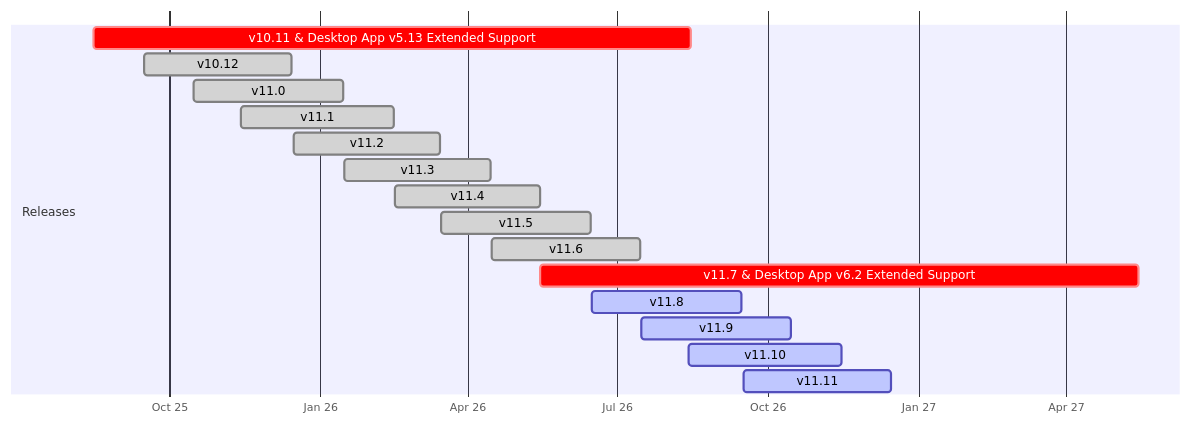
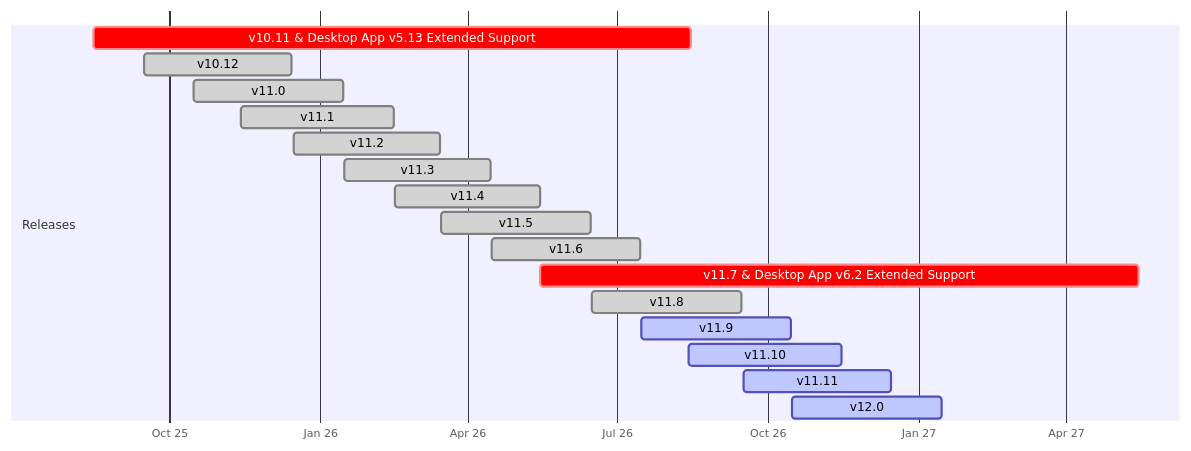
One commit to mattermost/docs changed the diagram in source/product-overview/release-policy.md. Above: the diagram before and after it, drawn with Mermaid. The commit also changed 5 other files, not shown here.

````diff
--- a/source/product-overview/release-policy.md
+++ b/source/product-overview/release-policy.md
@@ -44,22 +44,23 @@
 ```{mermaid}
 
 gantt
     dateFormat  YYYY-MM-DD
     axisFormat  %b %y
 
     section Releases
     v10.11 & Desktop App v5.13 Extended Support :crit,    2025-08-16, 2026-08-15
     v10.12                 :done, 2025-09-16, 2025-12-15
     v11.0                  :done, 2025-10-16, 2026-01-15
     v11.1                  :done, 2025-11-14, 2026-02-15
     v11.2                  :done, 2025-12-16, 2026-03-15
     v11.3                  :done, 2026-01-16, 2026-04-15
     v11.4                  :done, 2026-02-16, 2026-05-15
     v11.5                  :done, 2026-03-16, 2026-06-15
     v11.6                  :done, 2026-04-16, 2026-07-15
     v11.7 & Desktop App v6.2 Extended Support :crit,    2026-05-15, 2027-05-15
-    v11.8                  :active, 2026-06-16, 2026-09-15
+    v11.8                  :done, 2026-06-16, 2026-09-15
     v11.9                  :active, 2026-07-16, 2026-10-15
     v11.10                 :active, 2026-08-14, 2026-11-15
     v11.11                 :active, 2026-09-16, 2026-12-15
+    v12.0                  :active, 2026-10-16, 2027-01-15
 ```
````
